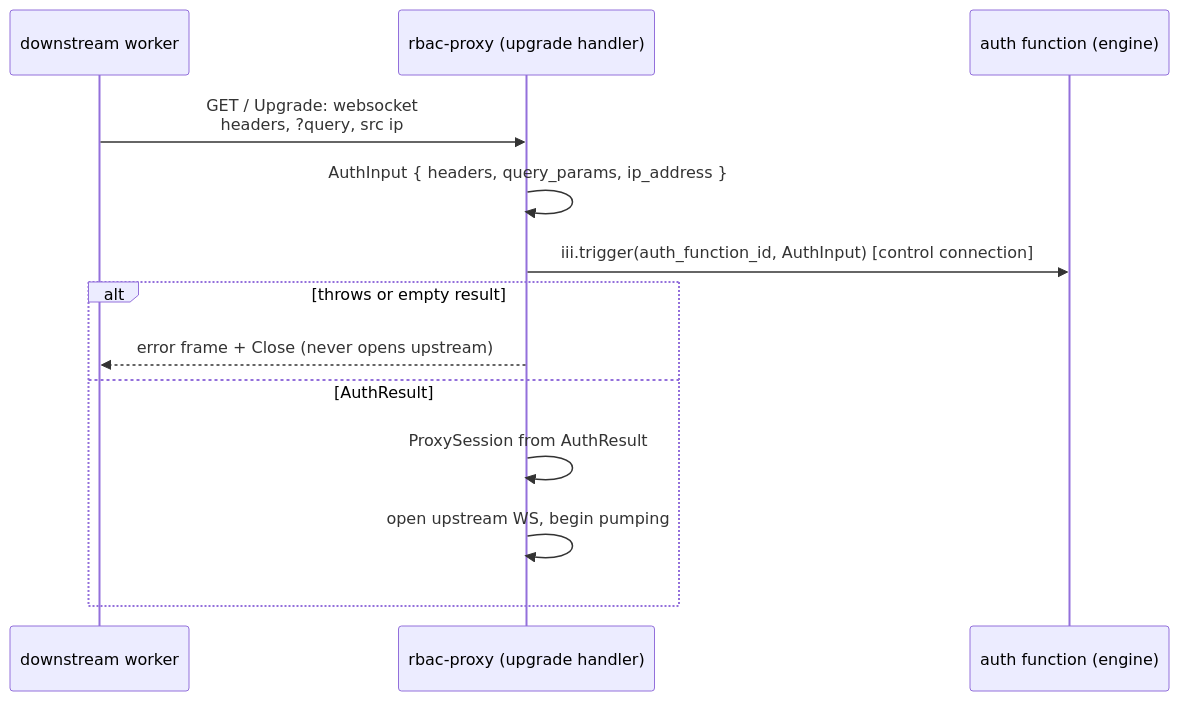
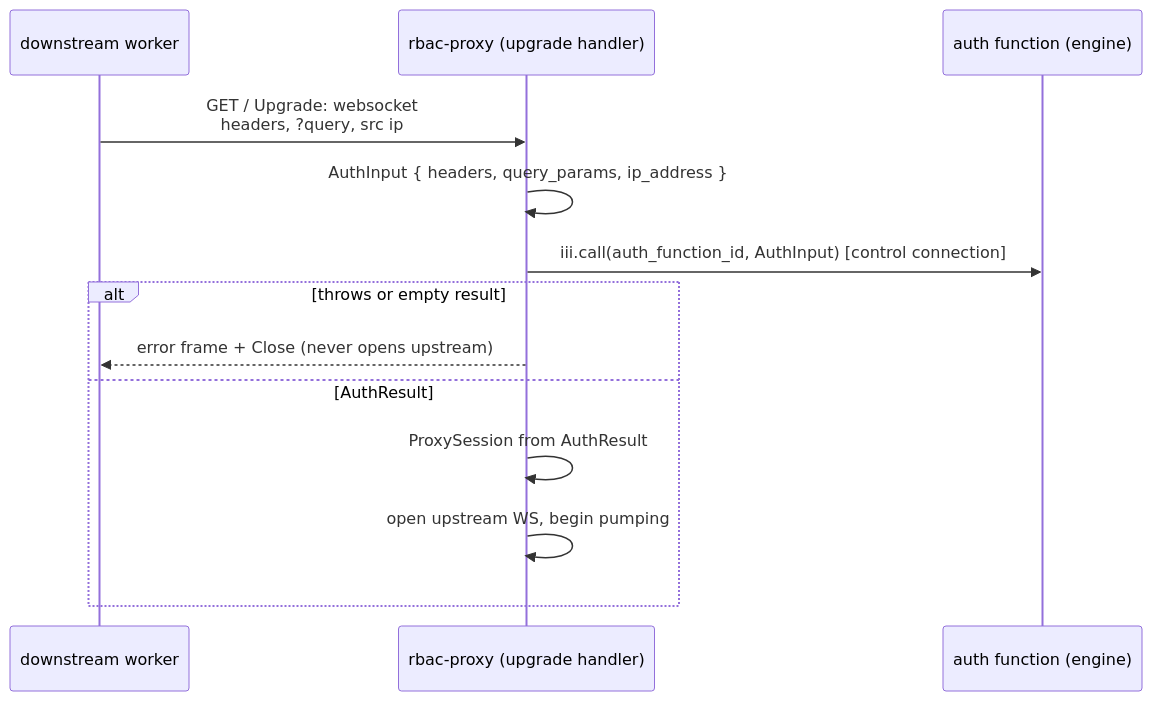
The first of 2 diagrams in tech-specs/2026-06-rbac-proxy-worker/rbac.md (iii-hq/workers), drawn with Mermaid before and after one commit. The commit also changed other lines of this file and 19 other files, not shown here.

````diff
--- a/tech-specs/2026-06-rbac-proxy-worker/rbac.md
+++ b/tech-specs/2026-06-rbac-proxy-worker/rbac.md
@@ -67,15 +64,15 @@
 ```mermaid
 sequenceDiagram
   participant W as downstream worker
   participant P as rbac-proxy (upgrade handler)
   participant A as auth function (engine)
   W->>P: GET / Upgrade: websocket<br/>headers, ?query, src ip
   P->>P: AuthInput { headers, query_params, ip_address }
-  P->>A: iii.trigger(auth_function_id, AuthInput)  [control connection]
+  P->>A: iii.call(auth_function_id, AuthInput)  [control connection]
   alt throws or empty result
     P-->>W: error frame + Close (never opens upstream)
   else AuthResult
     P->>P: ProxySession from AuthResult
     P->>P: open upstream WS, begin pumping
   end
 ```
````
